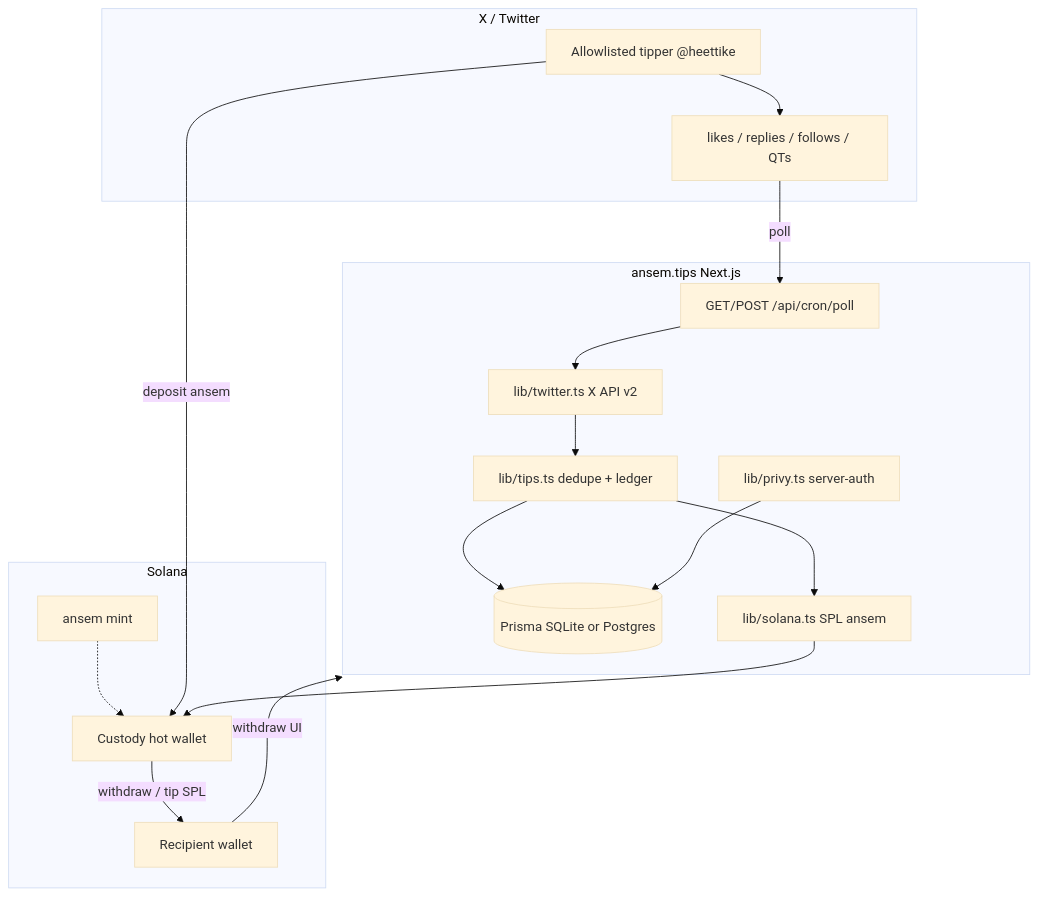
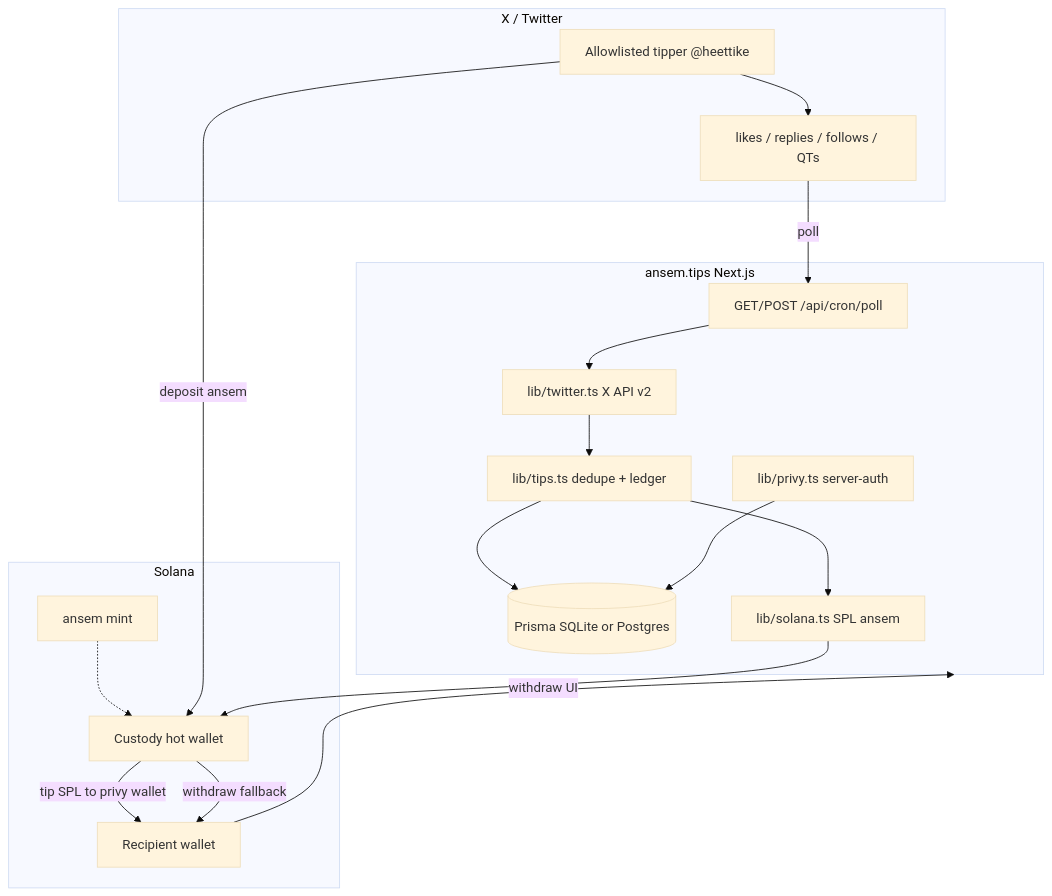
Before and after one commit to heettike/ansem-tips: the diagram in README.md, drawn with Mermaid (base theme). The commit also changed other lines of this file and 14 other files, not shown here.

First line of the commit message:
Send tips on-chain to a Privy Solana wallet provisioned by X id

````diff
--- a/README.md
+++ b/README.md
@@ -16,35 +16,36 @@
 ```mermaid
 flowchart TB
   subgraph X["X / Twitter"]
     Tipper["Allowlisted tipper @heettike"]
     Actions["likes / replies / follows / QTs"]
     Tipper --> Actions
   end
 
   subgraph App["ansem.tips Next.js"]
     Cron["GET/POST /api/cron/poll"]
     TwitterLib["lib/twitter.ts X API v2"]
     TipsLib["lib/tips.ts dedupe + ledger"]
     DB[(Prisma SQLite or Postgres)]
     PrivySrv["lib/privy.ts server-auth"]
     SolanaLib["lib/solana.ts SPL ansem"]
     Cron --> TwitterLib
     TwitterLib --> TipsLib
     TipsLib --> DB
     TipsLib --> SolanaLib
     PrivySrv --> DB
   end
 
   subgraph Chain["Solana"]
     Hot["Custody hot wallet"]
     Recip["Recipient wallet"]
     Mint["ansem mint"]
-    Hot -->|withdraw / tip SPL| Recip
+    Hot -->|tip SPL to privy wallet| Recip
+    Hot -->|withdraw fallback| Recip
     Mint -.-> Hot
   end
 
   Actions -->|poll| Cron
   Tipper -->|deposit ansem| Hot
   SolanaLib --> Hot
   Recip -->|withdraw UI| App
 ```
````
